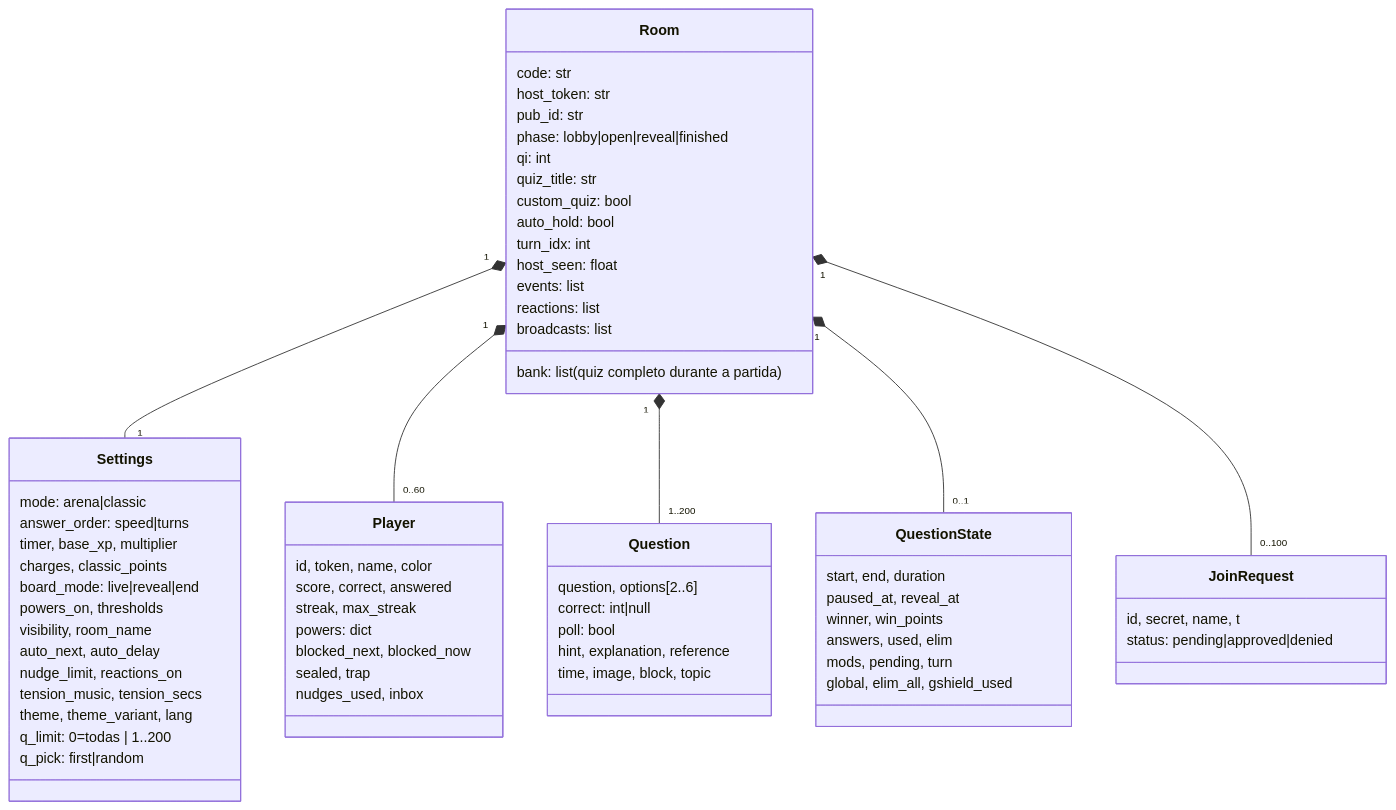
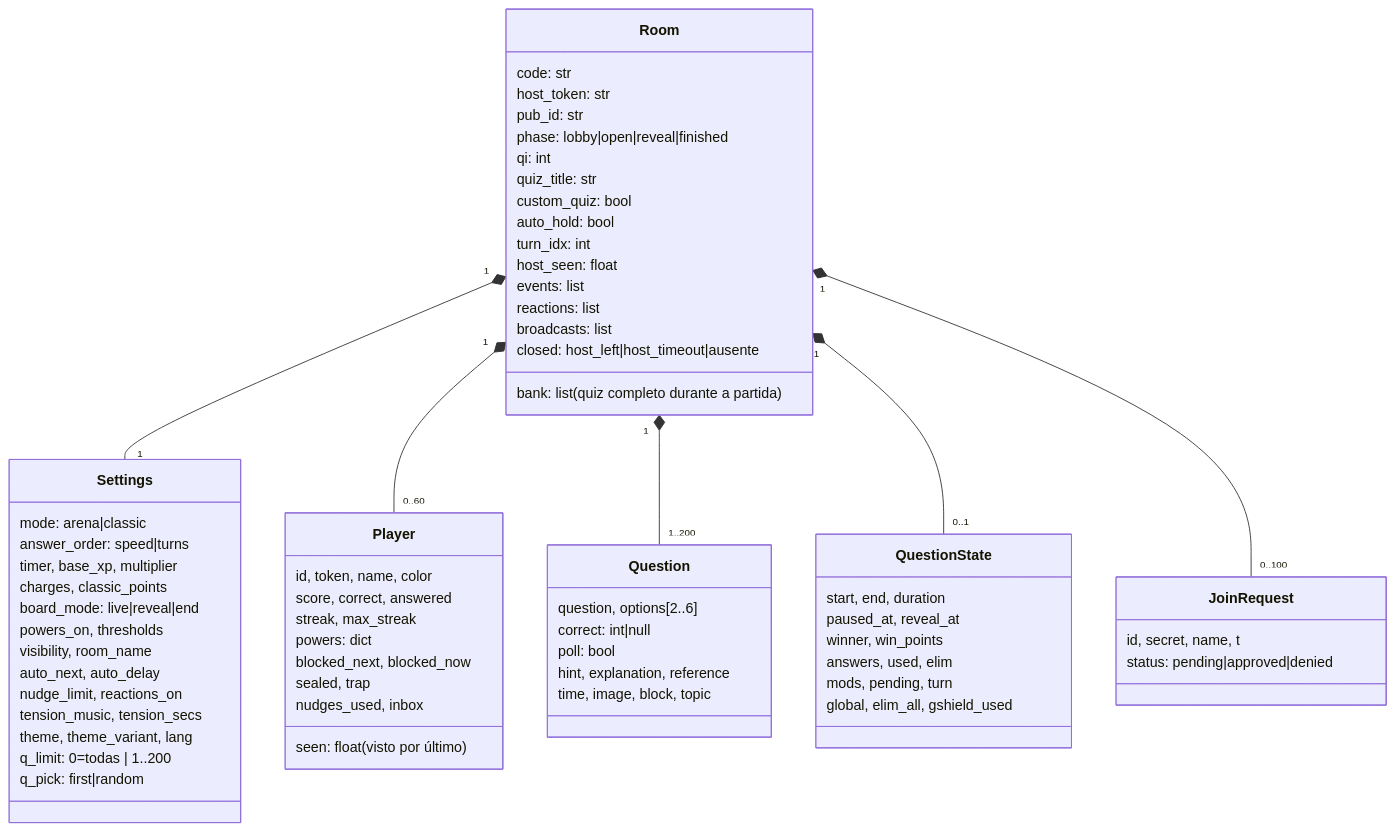
The diagram in docs/diagramas/11_modelo_dados.mmd (luiskenji-ido/arena-quiz-multiplayer), drawn with Mermaid before and after one commit. The commit also changed 25 other files, not shown here.

```diff
--- a/docs/diagramas/11_modelo_dados.mmd
+++ b/docs/diagramas/11_modelo_dados.mmd
@@ -1,65 +1,67 @@
 classDiagram
   class Room {
     code: str
     host_token: str
     pub_id: str
     phase: lobby|open|reveal|finished
     qi: int
     quiz_title: str
     custom_quiz: bool
     auto_hold: bool
     turn_idx: int
     host_seen: float
     events: list
     reactions: list
     broadcasts: list
+    closed: host_left|host_timeout|ausente
     bank: list (quiz completo durante a partida)
   }
   class Settings {
     mode: arena|classic
     answer_order: speed|turns
     timer, base_xp, multiplier
     charges, classic_points
     board_mode: live|reveal|end
     powers_on, thresholds
     visibility, room_name
     auto_next, auto_delay
     nudge_limit, reactions_on
     tension_music, tension_secs
     theme, theme_variant, lang
     q_limit: 0=todas | 1..200
     q_pick: first|random
   }
   class Player {
     id, token, name, color
     score, correct, answered
     streak, max_streak
     powers: dict
     blocked_next, blocked_now
     sealed, trap
     nudges_used, inbox
+    seen: float (visto por último)
   }
   class Question {
     question, options[2..6]
     correct: int|null
     poll: bool
     hint, explanation, reference
     time, image, block, topic
   }
   class QuestionState {
     start, end, duration
     paused_at, reveal_at
     winner, win_points
     answers, used, elim
     mods, pending, turn
     global, elim_all, gshield_used
   }
   class JoinRequest {
     id, secret, name, t
     status: pending|approved|denied
   }
   Room "1" *-- "1" Settings
   Room "1" *-- "0..60" Player
   Room "1" *-- "1..200" Question
   Room "1" *-- "0..1" QuestionState
   Room "1" *-- "0..100" JoinRequest
```
